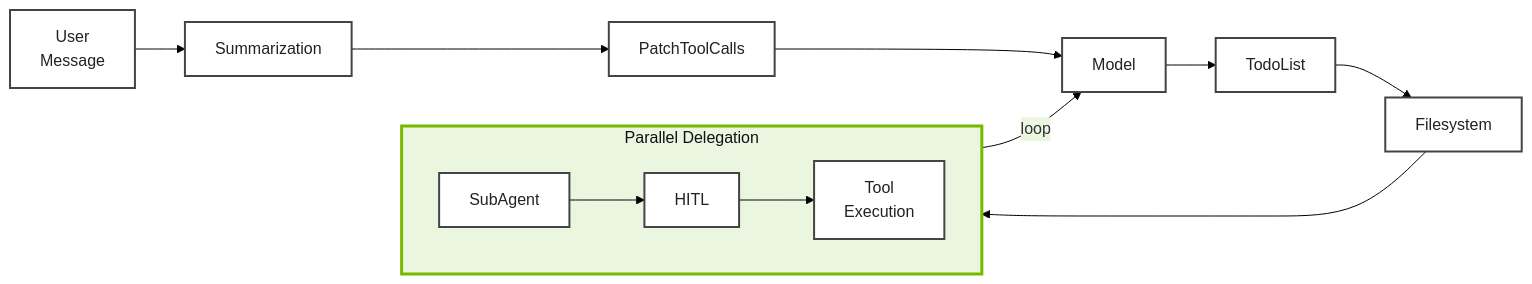
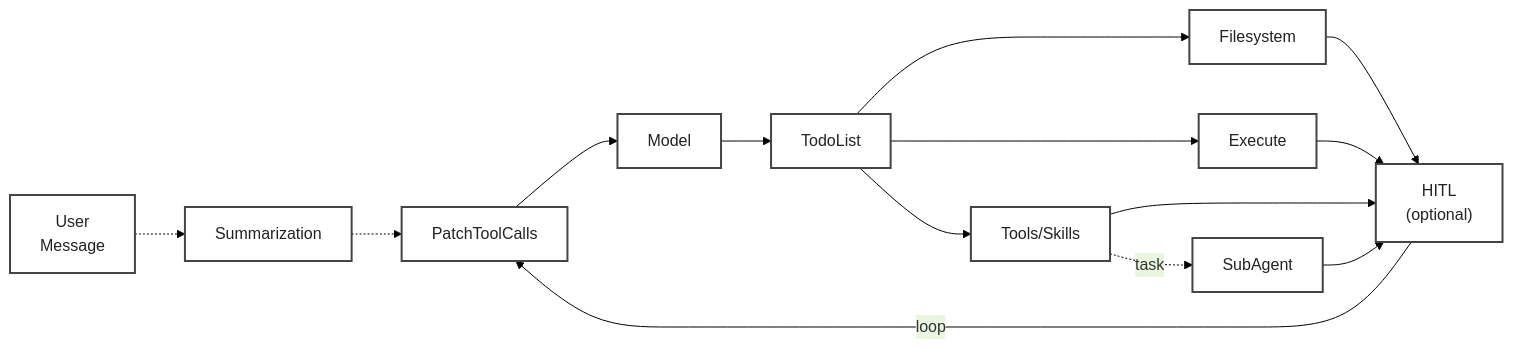
Before and after one commit to brevdev/workshop-build-an-agent: the diagram in .devx/5-deep-agents/img/middleware_pipeline.mmd, drawn with Mermaid. The commit also changed 3 other files, not shown here.

```diff
--- a/.devx/5-deep-agents/img/middleware_pipeline.mmd
+++ b/.devx/5-deep-agents/img/middleware_pipeline.mmd
@@ -1,23 +1,27 @@
 ---
 config:
   theme: 'base'
   themeVariables:
     primaryColor: '#eaf6e0'
     secondaryColor: '#eaf6e0'
     background: white
 ---
 
 flowchart LR
 
-    A["User<br/>Message"] --> B["Summarization"] --> C["PatchToolCalls"] --> D["Model"] --> E["TodoList"] --> F["Filesystem"]
+    A["User<br/>Message"] -.-> B["Summarization"] -.-> C["PatchToolCalls"] --> D["Model"] --> E["TodoList"]
 
-    subgraph delegation["Parallel Delegation"]
-        direction LR
-        G["SubAgent"] --> H["HITL"] --> I["Tool<br/>Execution"]
-    end
+    E --> F["Filesystem"]
+    E --> K["Execute"]
+    E --> J["Tools/Skills"]
+    J -.->|"task"| G["SubAgent"]
 
-    F --> G
-    I --> |"loop"| D
+    F --> H["HITL<br/>(optional)"]
+    K --> H
+    J --> H
+    G --> H
+
+    H -->|"loop"| C
 
     classDef node fill:#fff,stroke:#444,stroke-width:2px,color:#222;
     classDef cluster fill:#eaf6e0,stroke:#76b900,stroke-width:3px,color:#111,rounded corners,shadow;
```
